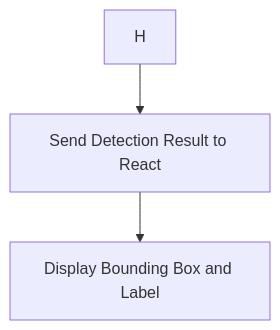
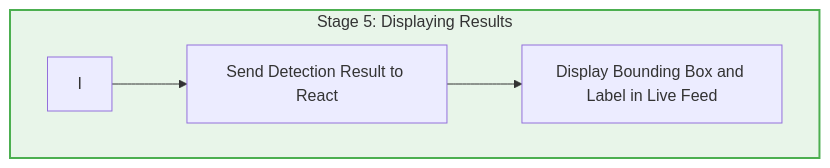
One commit to Tharun-selladurai/face_liveliness_web_platform changed the sixth of 7 diagrams in README.md. Above: the diagram before and after it, drawn with Mermaid. The commit also changed other lines of this file, not shown here.

````diff
--- a/README.md
+++ b/README.md
@@ -74,5 +70,8 @@
-    ```mermaid
-    graph TD;
-        H --> I[Send Detection Result to React];
-        I --> J[Display Bounding Box and Label];
-    ```
+```mermaid
+graph TD;
+    subgraph Stage5[Stage 5: Displaying Results]
+    style Stage5 fill:#E8F5E9,stroke:#4CAF50,stroke-width:2px;
+        I --> J[Send Detection Result to React]
+        J --> K[Display Bounding Box and Label in Live Feed]
+    end
+```
````
